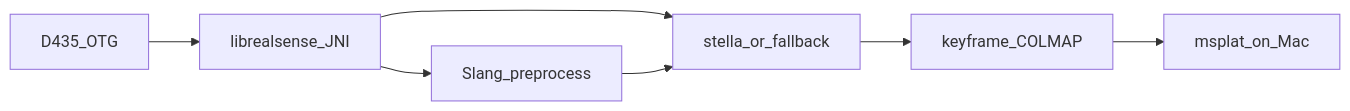
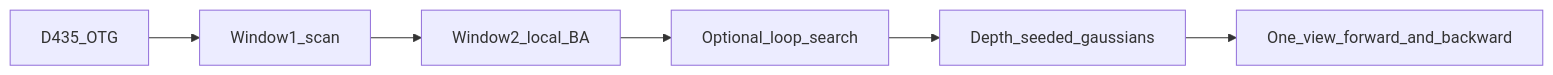
One commit to DistinctVision/pocket-scanner changed the diagram in docs/plan.md. Above: the diagram before and after it, drawn with Mermaid. The commit also changed other lines of this file, not shown here.

````diff
--- a/docs/plan.md
+++ b/docs/plan.md
@@ -81,12 +39,10 @@
 ```mermaid
 flowchart LR
   d435[D435_OTG]
-  capture[librealsense_JNI]
-  track[stella_or_fallback]
-  gpu[Slang_preprocess]
-  disk[keyframe_COLMAP]
-  mac[msplat_on_Mac]
-  d435 --> capture --> track
-  capture --> gpu --> track
-  track --> disk --> mac
+  scan[Window1_scan]
+  ba[Window2_local_BA]
+  loops[Optional_loop_search]
+  seed[Depth_seeded_gaussians]
+  train[One_view_forward_and_backward]
+  d435 --> scan --> ba --> loops --> seed --> train
 ```
````
